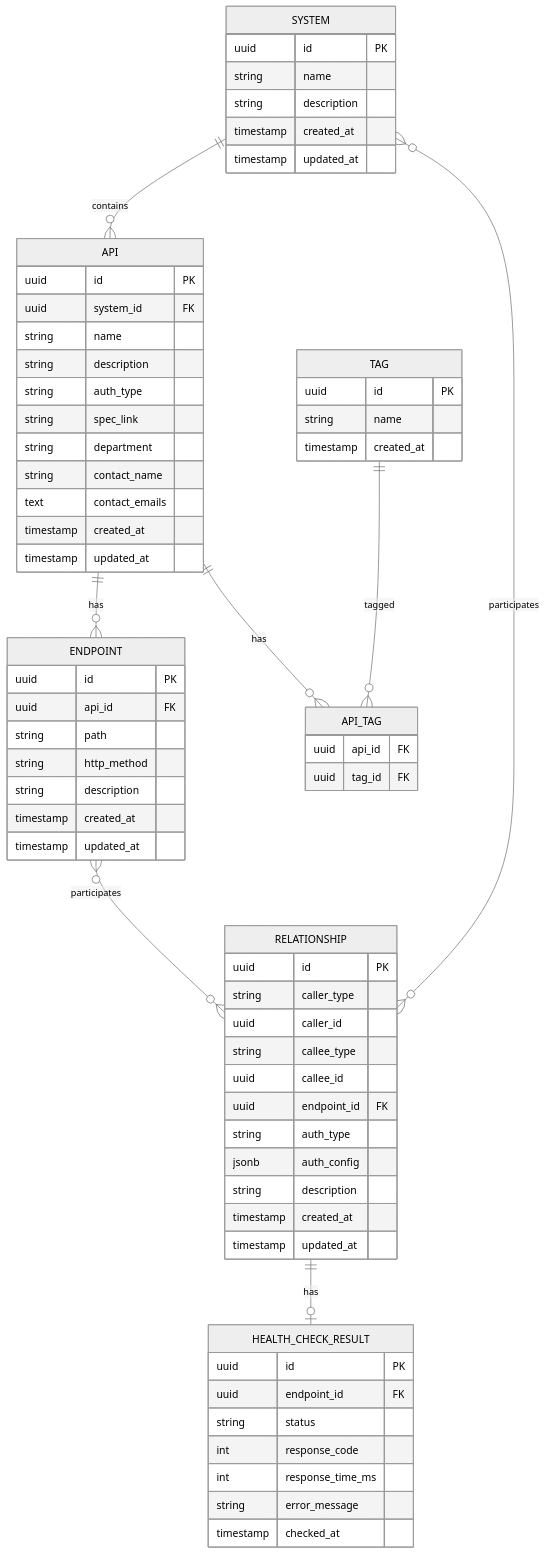
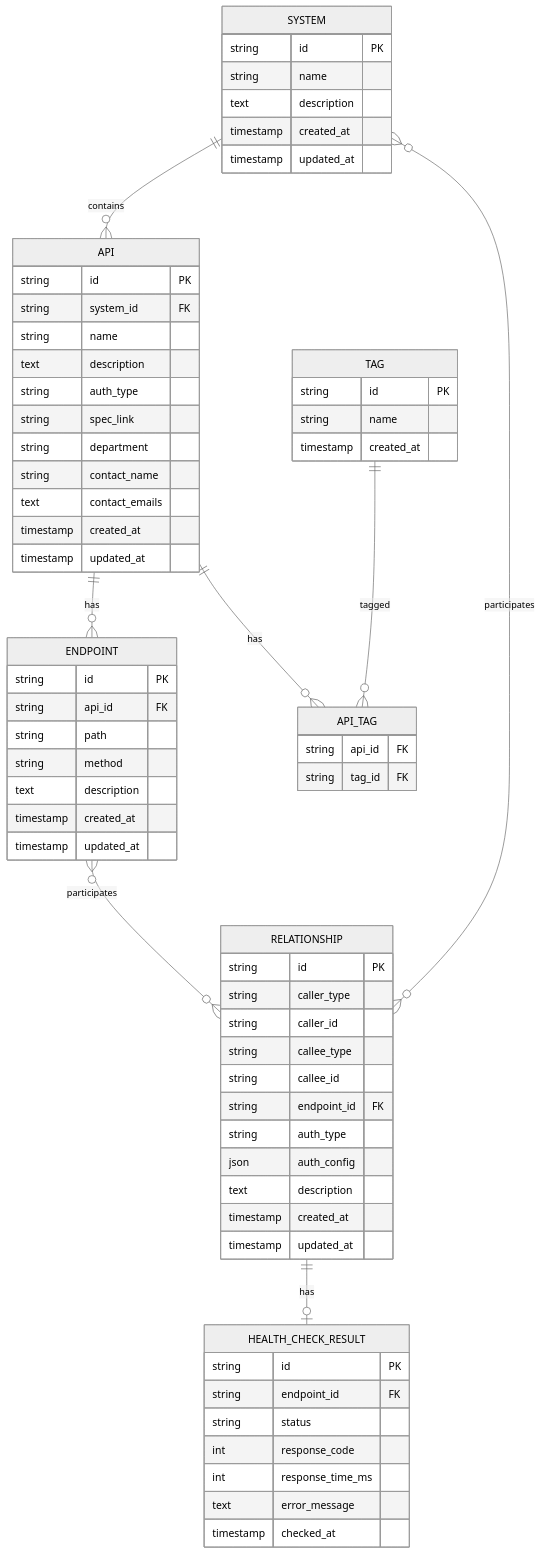
Before and after one commit to LyonYao/api-management-system: the diagram in .kiro/specs/api-management-system/design.md, drawn with Mermaid (neutral theme). The commit also changed other lines of this file and 168 other files, not shown here.

````diff
--- a/.kiro/specs/api-management-system/design.md
+++ b/.kiro/specs/api-management-system/design.md
@@ -291,77 +454,77 @@
 ```mermaid
 erDiagram
     SYSTEM ||--o{ API : contains
     API ||--o{ ENDPOINT : has
     API ||--o{ API_TAG : has
     TAG ||--o{ API_TAG : tagged
     ENDPOINT }o--o{ RELATIONSHIP : participates
     SYSTEM }o--o{ RELATIONSHIP : participates
     RELATIONSHIP ||--o| HEALTH_CHECK_RESULT : has
 
     SYSTEM {
-        uuid id PK
+        string id PK
         string name
-        string description
+        text description
         timestamp created_at
         timestamp updated_at
     }
 
     API {
-        uuid id PK
-        uuid system_id FK
+        string id PK
+        string system_id FK
         string name
-        string description
+        text description
         string auth_type
         string spec_link
         string department
         string contact_name
         text contact_emails
         timestamp created_at
         timestamp updated_at
     }
 
     ENDPOINT {
-        uuid id PK
-        uuid api_id FK
+        string id PK
+        string api_id FK
         string path
-        string http_method
-        string description
+        string method
+        text description
         timestamp created_at
         timestamp updated_at
     }
 
     TAG {
-        uuid id PK
+        string id PK
         string name
         timestamp created_at
     }
 
     API_TAG {
-        uuid api_id FK
-        uuid tag_id FK
+        string api_id FK
+        string tag_id FK
     }
 
     RELATIONSHIP {
-        uuid id PK
+        string id PK
         string caller_type
-        uuid caller_id
+        string caller_id
         string callee_type
-        uuid callee_id
-        uuid endpoint_id FK
+        string callee_id
+        string endpoint_id FK
         string auth_type
-        jsonb auth_config
-        string description
+        json auth_config
+        text description
         timestamp created_at
         timestamp updated_at
     }
 
     HEALTH_CHECK_RESULT {
-        uuid id PK
-        uuid endpoint_id FK
+        string id PK
+        string endpoint_id FK
         string status
         int response_code
         int response_time_ms
-        string error_message
+        text error_message
         timestamp checked_at
     }
 ```
````
